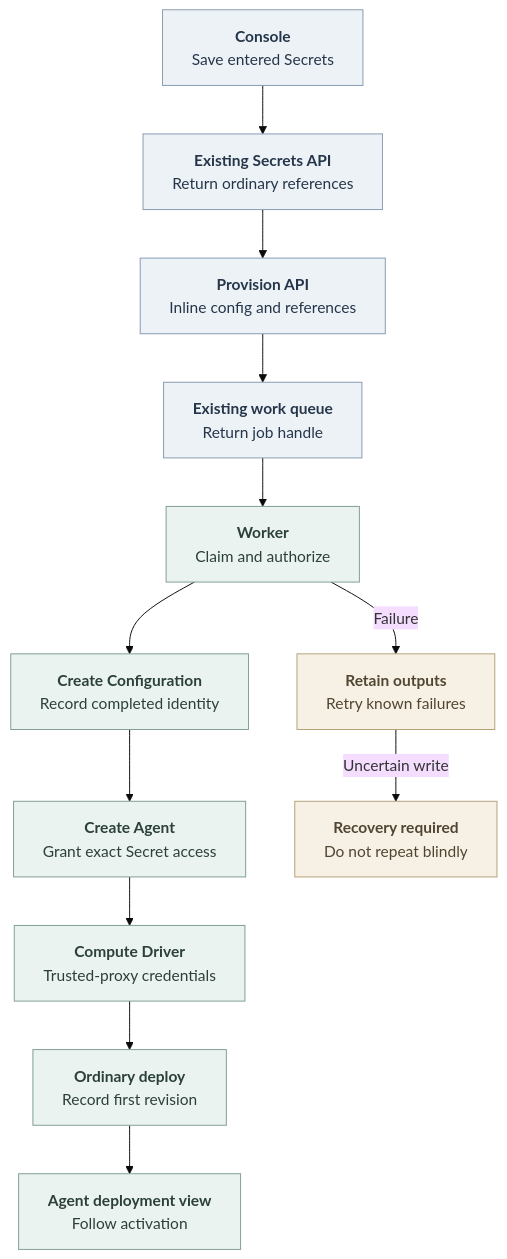
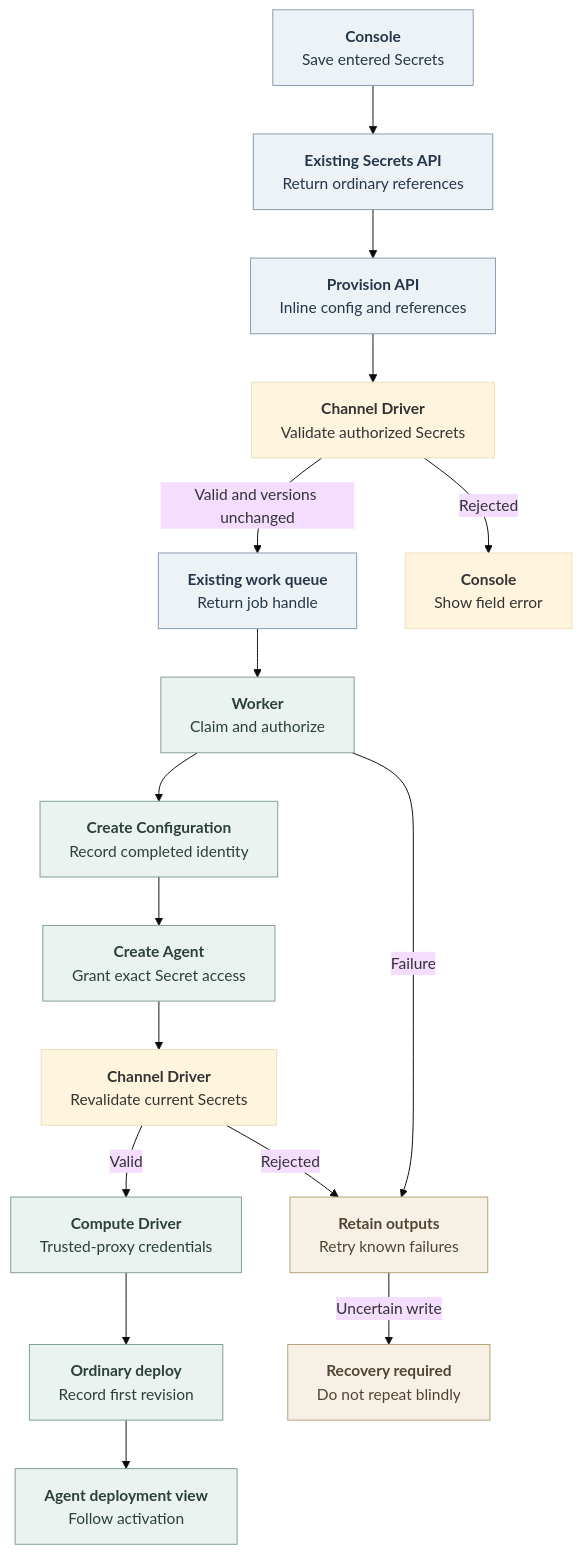
The diagram in docs/flows/agent-provisioning.md (IsaiahStapleton/openclaw-enterprise), drawn with Mermaid (base theme) before and after one commit. The commit also changed other lines of this file and 44 other files, not shown here.

Commit message:
Validate Slack credentials before Agent admission

````diff
--- a/docs/flows/agent-provisioning.md
+++ b/docs/flows/agent-provisioning.md
@@ -23,21 +23,25 @@
 ```mermaid
 graph TD
   Console["<b>Console</b><br/>Save entered Secrets"] --> Secrets["<b>Existing Secrets API</b><br/>Return ordinary references"]
   Secrets --> API["<b>Provision API</b><br/>Inline config and references"]
-  API --> Queue["<b>Existing work queue</b><br/>Return job handle"]
+  API --> Validate["<b>Channel Driver</b><br/>Validate authorized Secrets"]
+  Validate -->|Valid and versions unchanged| Queue["<b>Existing work queue</b><br/>Return job handle"]
   Queue --> Claim["<b>Worker</b><br/>Claim and authorize"]
   Claim --> Config["<b>Create Configuration</b><br/>Record completed identity"]
   Config --> Agent["<b>Create Agent</b><br/>Grant exact Secret access"]
-  Agent --> Transport["<b>Compute Driver</b><br/>Trusted-proxy credentials"]
+  Agent --> Revalidate["<b>Channel Driver</b><br/>Revalidate current Secrets"]
+  Revalidate -->|Valid| Transport["<b>Compute Driver</b><br/>Trusted-proxy credentials"]
   Transport --> Deploy["<b>Ordinary deploy</b><br/>Record first revision"]
   Deploy --> UI["<b>Agent deployment view</b><br/>Follow activation"]
+  Validate -->|Rejected| Error["<b>Console</b><br/>Show field error"]
+  Revalidate -->|Rejected| Failed
   Claim -->|Failure| Failed["<b>Retain outputs</b><br/>Retry known failures"]
   Failed -->|Uncertain write| Recovery["<b>Recovery required</b><br/>Do not repeat blindly"]
 
   classDef state fill:#EDF2F7,stroke:#879AB0,color:#25364A,stroke-width:1px
   classDef operation fill:#EBF3F0,stroke:#7F9D93,color:#2B4038,stroke-width:1px
   classDef condition fill:#F7F1E5,stroke:#B3A078,color:#514532,stroke-width:1px
   class Console,Secrets,API,Queue state
   class Claim,Config,Agent,Transport,Deploy,UI operation
   class Failed,Recovery condition
 ```
````
